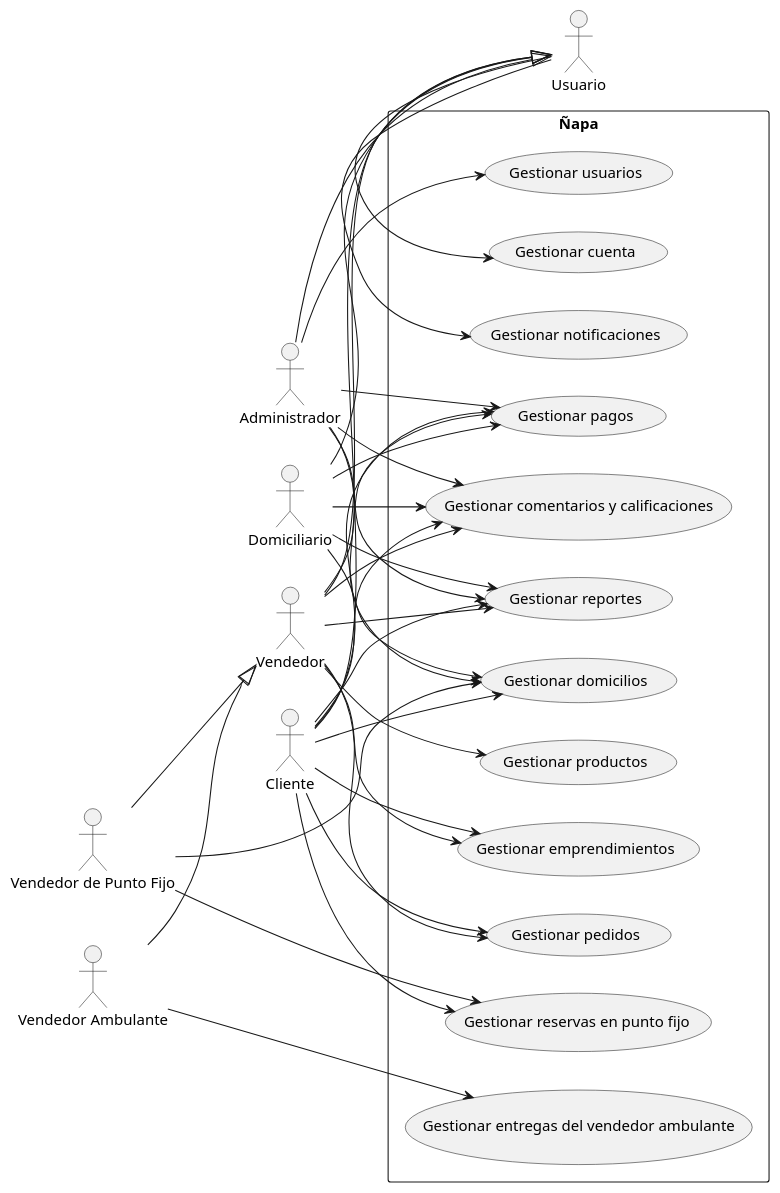
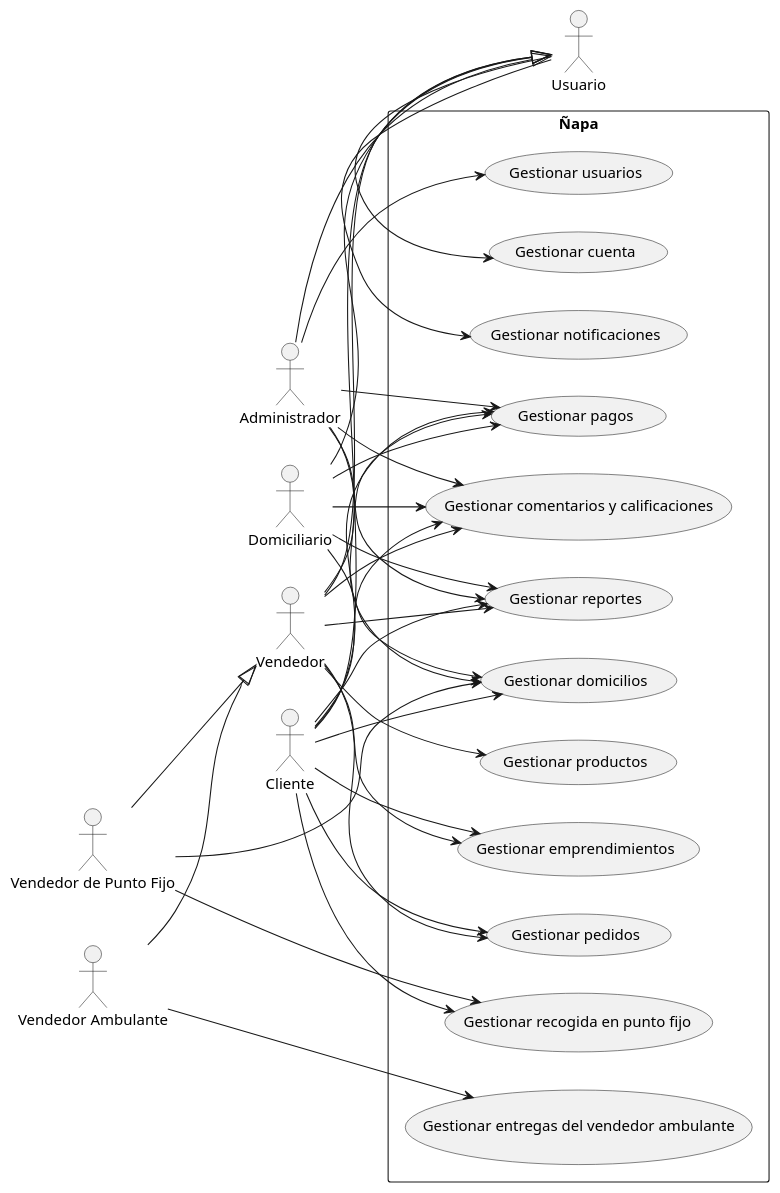
The diagram in casos de uso/nivel0.puml (RAAR-18/napa), drawn with PlantUML before and after one commit. The commit also changed 7 other files, not shown here.

```diff
--- a/casos de uso/nivel0.puml
+++ b/casos de uso/nivel0.puml
@@ -1,69 +1,69 @@
 @startuml
 
 left to right direction
 
 actor "Usuario" as u
 actor "Cliente" as c
 actor "Vendedor" as v
 actor "Vendedor Ambulante" as va
 actor "Vendedor de Punto Fijo" as vpf
 actor "Domiciliario" as d
 actor "Administrador" as adm
 
 c --|> u
 v --|> u
 d --|> u
 adm --|> u
 va --|> v
 vpf --|> v
 
 rectangle "Ñapa" {
     usecase "Gestionar cuenta" as UC1
     usecase "Gestionar notificaciones" as UC2
     usecase "Gestionar emprendimientos" as UC3
     usecase "Gestionar productos" as UC4
     usecase "Gestionar pedidos" as UC5
     usecase "Gestionar entregas del vendedor ambulante" as UC6
-    usecase "Gestionar reservas en punto fijo" as UC7
+    usecase "Gestionar recogida en punto fijo" as UC7
     usecase "Gestionar domicilios" as UC8
     usecase "Gestionar pagos" as UC9
     usecase "Gestionar comentarios y calificaciones" as UC10
     usecase "Gestionar reportes" as UC11
     usecase "Gestionar usuarios" as UC12
 }
 
 u --> UC1
 u --> UC2
 
 c --> UC3
 c --> UC5
 c --> UC7
 c --> UC8
 c --> UC9
 c --> UC10
 c --> UC11
 
 v --> UC3
 v --> UC4
 v --> UC5
 v --> UC9
 v --> UC10
 v --> UC11
 
 va --> UC6
 
 vpf --> UC7
 vpf --> UC8
 
 d --> UC8
 d --> UC9
 d --> UC10
 d --> UC11
 
 adm --> UC8
 adm --> UC9
 adm --> UC10
 adm --> UC11
 adm --> UC12
 
 @enduml
```
